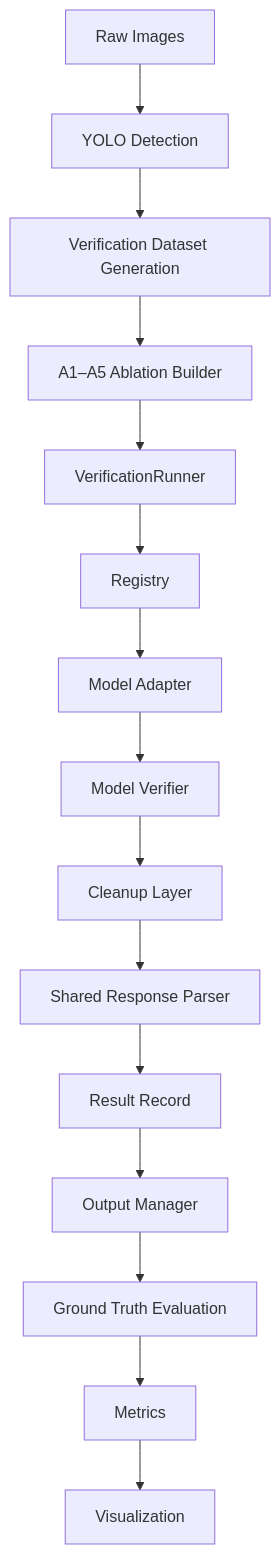
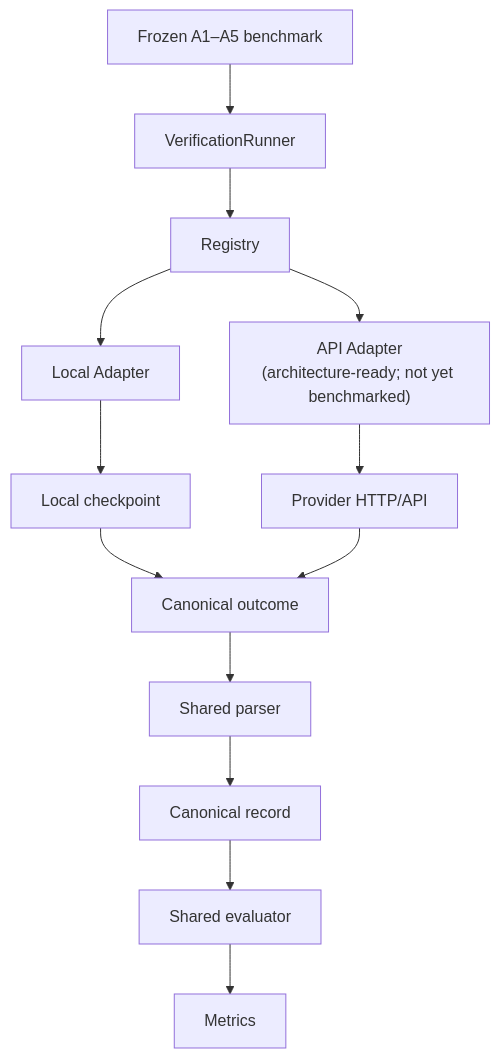
Before and after one commit to AnnieZX/wild-palm-lvm-verification: the diagram in README.md, drawn with Mermaid. The commit also changed other lines of this file and 16 other files, not shown here.

````diff
--- a/README.md
+++ b/README.md
@@ -36,22 +36,20 @@
 ```mermaid
 flowchart TB
-    RAW["Raw Images"]
-    YOLO["YOLO Detection"]
-    DS["Verification Dataset Generation"]
-    ABL["A1–A5 Ablation Builder"]
+    BENCH["Frozen A1–A5 benchmark"]
     RUN["VerificationRunner"]
     REG["Registry"]
-    ADP["Model Adapter"]
-    VER["Model Verifier"]
-    CLN["Cleanup Layer"]
-    PAR["Shared Response Parser"]
-    REC["Result Record"]
-    OUT["Output Manager"]
-    EVAL["Ground Truth Evaluation"]
+    LOC["Local Adapter"]
+    API["API Adapter<br/>(architecture-ready; not yet benchmarked)"]
+    CKPT["Local checkpoint"]
+    HTTP["Provider HTTP/API"]
+    OUTC["Canonical outcome"]
+    PAR["Shared parser"]
+    REC["Canonical record"]
+    EVAL["Shared evaluator"]
     MET["Metrics"]
-    VIZ["Visualization"]
 
-    RAW --> YOLO --> DS --> ABL --> RUN
-    RUN --> REG --> ADP --> VER --> CLN --> PAR --> REC --> OUT
-    OUT --> EVAL --> MET --> VIZ
+    BENCH --> RUN --> REG
+    REG --> LOC --> CKPT --> OUTC
+    REG --> API --> HTTP --> OUTC
+    OUTC --> PAR --> REC --> EVAL --> MET
 ```
````
